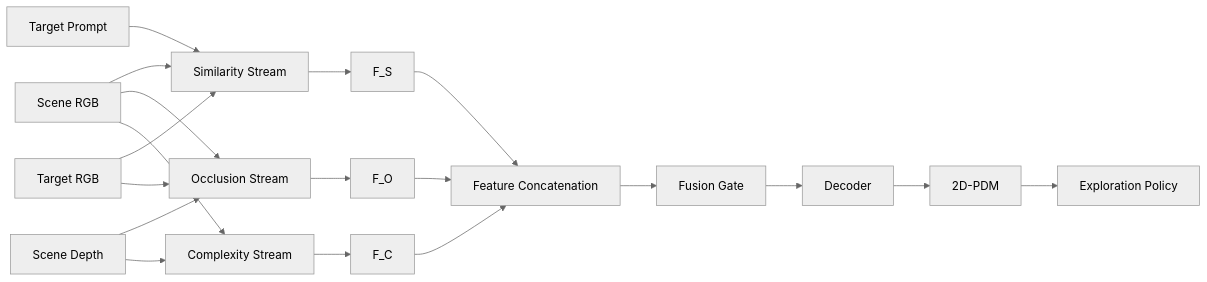
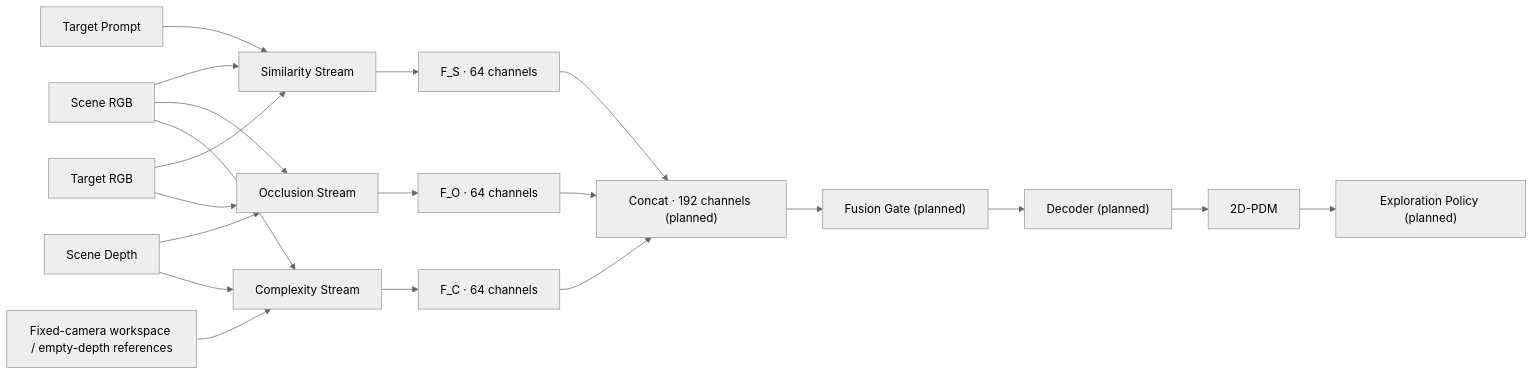
One commit to JeonHaneul/2D-PDM_DINOv3 changed the first of 10 diagrams in README.md. Above: the diagram before and after it, drawn with Mermaid (neutral theme). The commit also changed other lines of this file and 31 other files, not shown here.

````diff
--- a/README.md
+++ b/README.md
@@ -20,25 +20,26 @@
 ```mermaid
 flowchart LR
     RGB["Scene RGB"] --> S["Similarity Stream"]
     TARGET["Target RGB"] --> S
     PROMPT["Target Prompt"] --> S
 
     RGB --> O["Occlusion Stream"]
     DEPTH["Scene Depth"] --> O
     TARGET --> O
 
     RGB --> C["Complexity Stream"]
     DEPTH --> C
+    CAL["Fixed-camera workspace / empty-depth references"] --> C
 
-    S --> FS["F_S"]
-    O --> FO["F_O"]
-    C --> FC["F_C"]
+    S --> FS["F_S · 64 channels"]
+    O --> FO["F_O · 64 channels"]
+    C --> FC["F_C · 64 channels"]
 
-    FS --> CONCAT["Feature Concatenation"]
+    FS --> CONCAT["Concat · 192 channels (planned)"]
     FO --> CONCAT
     FC --> CONCAT
-    CONCAT --> GATE["Fusion Gate"]
-    GATE --> DECODER["Decoder"]
+    CONCAT --> GATE["Fusion Gate (planned)"]
+    GATE --> DECODER["Decoder (planned)"]
     DECODER --> PDM["2D-PDM"]
-    PDM --> POLICY["Exploration Policy"]
+    PDM --> POLICY["Exploration Policy (planned)"]
 ```
````
